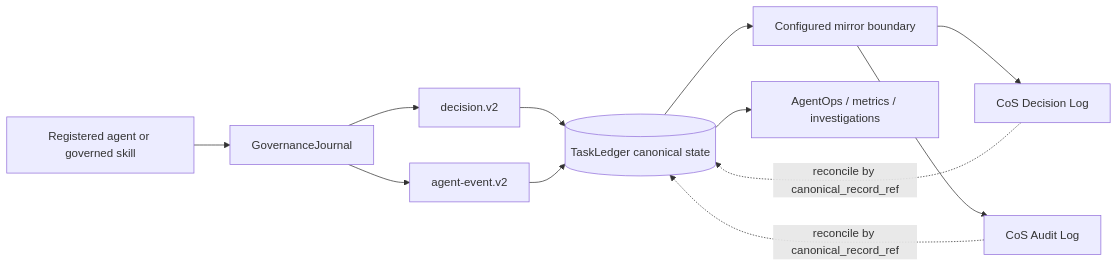
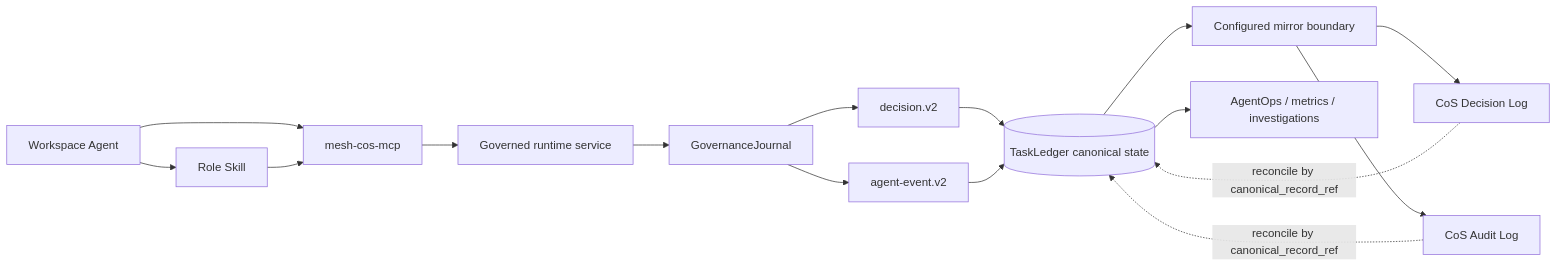
Before and after one commit to mkleinbe/mesh-ai-agent-cos-universe: the first of 2 diagrams in docs/explainable-decisions-audit.md, drawn with Mermaid. The commit also changed other lines of this file, not shown here.

Commit message:
docs: extend governance provenance to Workspace Agents

````diff
--- a/docs/explainable-decisions-audit.md
+++ b/docs/explainable-decisions-audit.md
@@ -11,14 +11,18 @@
 ```mermaid
 flowchart LR
-    A[Registered agent or governed skill] --> G[GovernanceJournal]
+    WA[Workspace Agent] --> SK[Role Skill]
+    WA --> MCP[mesh-cos-mcp]
+    SK --> MCP
+    MCP --> RT[Governed runtime service]
+    RT --> G[GovernanceJournal]
     G --> D[decision.v2]
     G --> E[agent-event.v2]
     D --> L[(TaskLedger canonical state)]
     E --> L
     L --> M[Configured mirror boundary]
     M --> DS[CoS Decision Log]
     M --> AS[CoS Audit Log]
     L --> AO[AgentOps / metrics / investigations]
     DS -. reconcile by canonical_record_ref .-> L
     AS -. reconcile by canonical_record_ref .-> L
 ```
````
